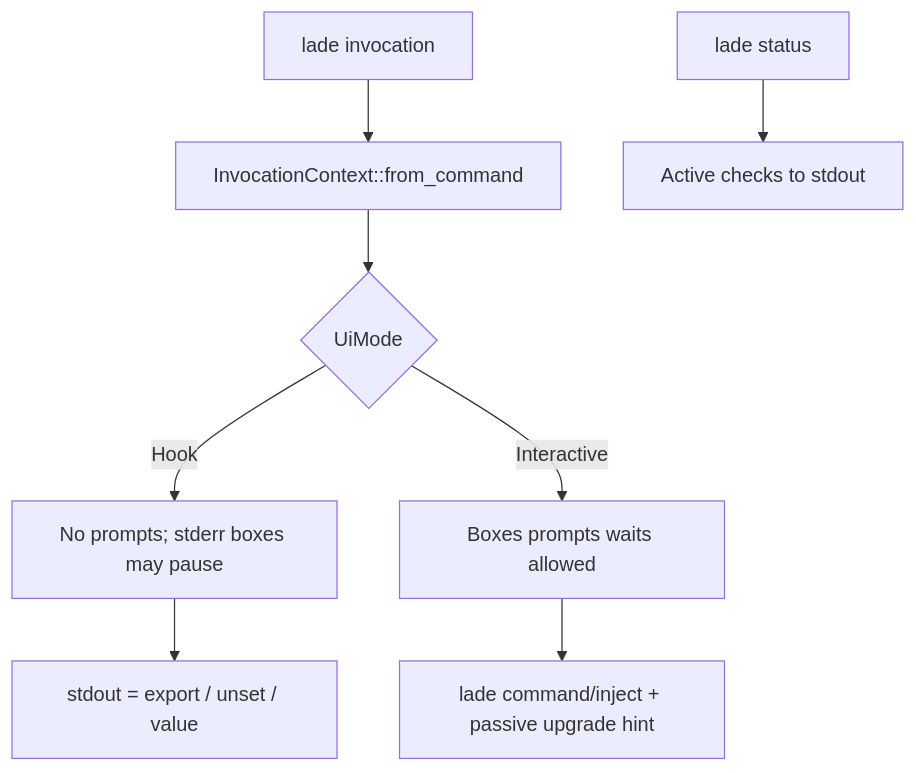
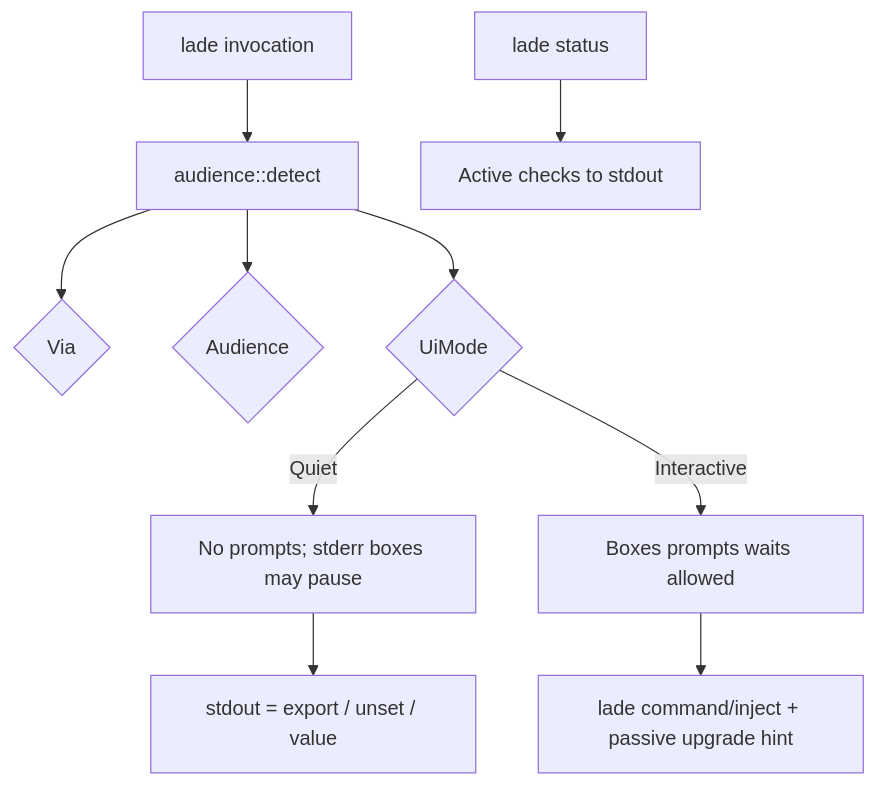
The fourth of 4 diagrams in docs/architecture.md (zifeo/lade), drawn with Mermaid before and after one commit. The commit also changed other lines of this file and 40 other files, not shown here.

````diff
--- a/docs/architecture.md
+++ b/docs/architecture.md
@@ -110,10 +123,12 @@
 ```mermaid
 flowchart TD
-    Start[lade invocation] --> Ctx[InvocationContext::from_command]
-    Ctx --> Mode{UiMode}
-    Mode -->|Hook| HookUi[No prompts; stderr boxes may pause]
+    Start[lade invocation] --> Detect[audience::detect]
+    Detect --> Via{Via}
+    Detect --> Aud{Audience}
+    Detect --> Mode{UiMode}
+    Mode -->|Quiet| QuietUi[No prompts; stderr boxes may pause]
     Mode -->|Interactive| Nudges[Boxes prompts waits allowed]
-    HookUi --> Stdout[stdout = export / unset / value]
+    QuietUi --> Stdout[stdout = export / unset / value]
     Nudges --> Inject[lade command/inject + passive upgrade hint]
     Status[lade status] --> Report[Active checks to stdout]
 ```
````
